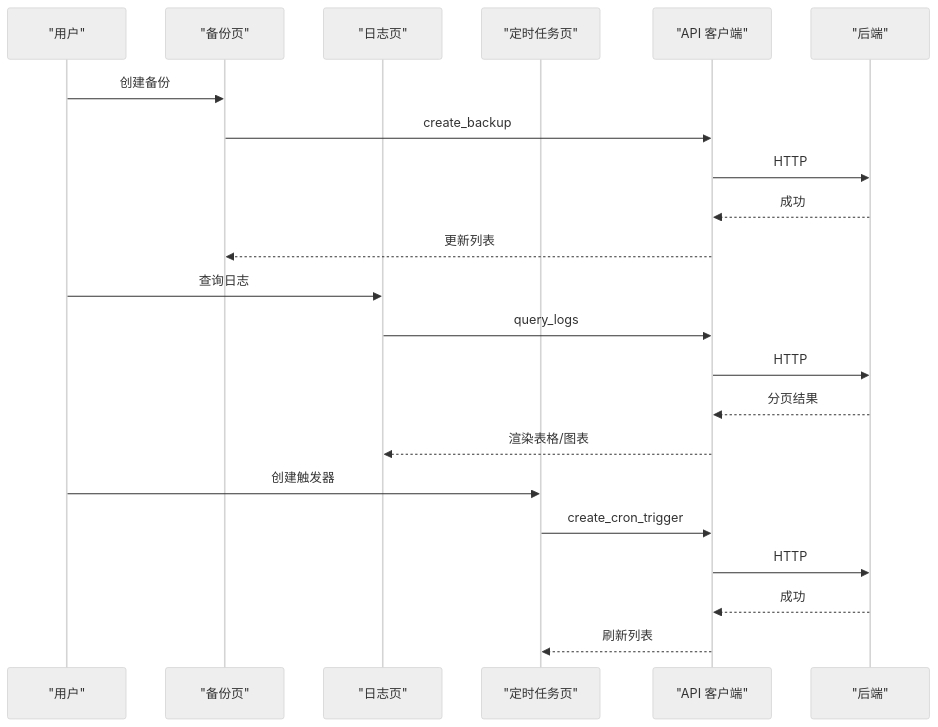
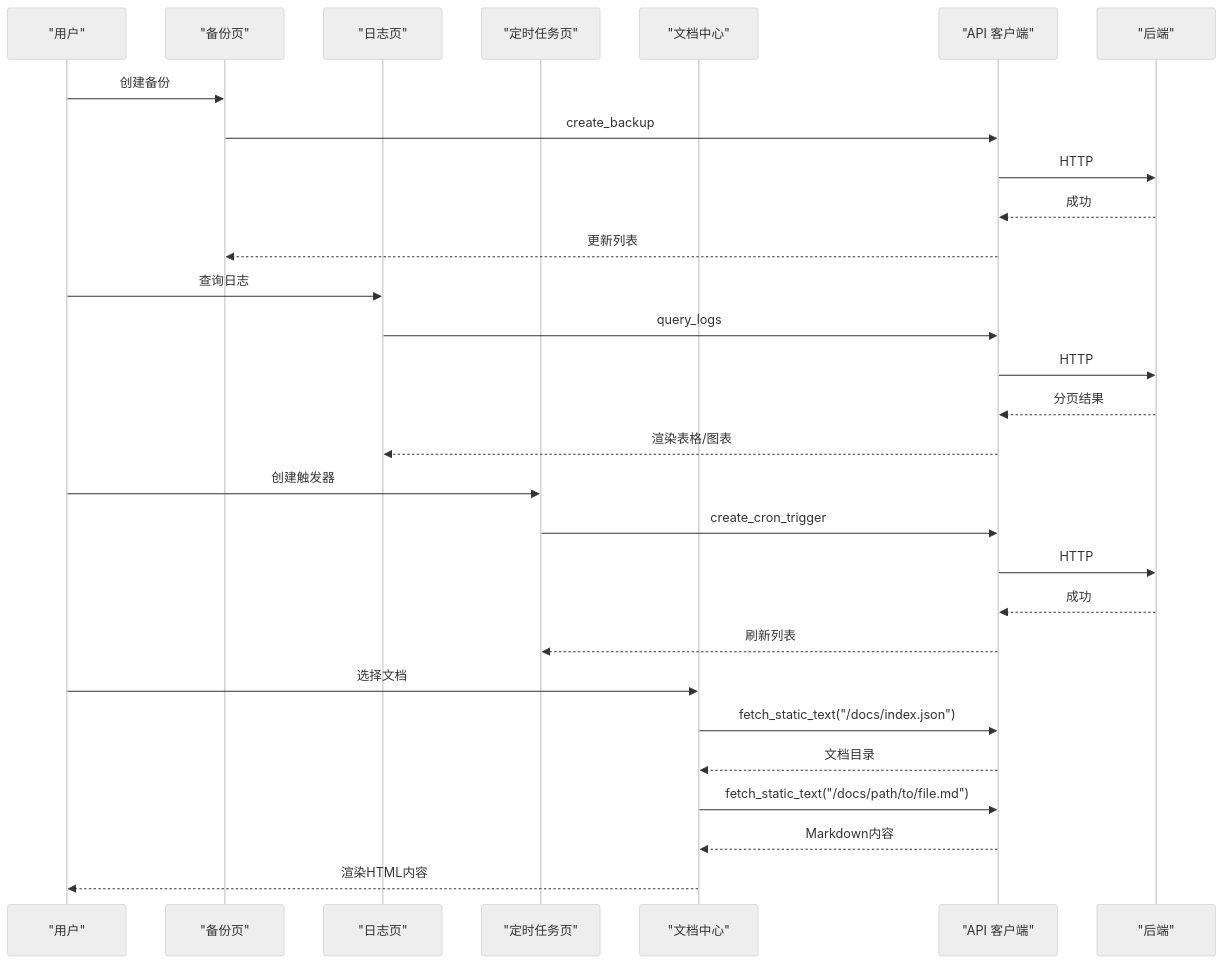
One commit to runningcoders/ai_orz changed the sixth of 7 diagrams in .qoder/repowiki/zh/content/前端应用/页面模块/页面模块.md. Above: the diagram before and after it, drawn with Mermaid (neutral theme). The commit also changed other lines of this file and 338 other files, not shown here.

````diff
--- a/.qoder/repowiki/zh/content/前端应用/页面模块/页面模块.md
+++ b/.qoder/repowiki/zh/content/前端应用/页面模块/页面模块.md
@@ -220,24 +248,31 @@
 ```mermaid
 sequenceDiagram
 participant U as "用户"
 participant B as "备份页"
 participant L as "日志页"
 participant G as "定时任务页"
+participant D as "文档中心"
 participant API as "API 客户端"
 participant S as "后端"
 U->>B : 创建备份
 B->>API : create_backup
 API->>S : HTTP
 S-->>API : 成功
 API-->>B : 更新列表
 U->>L : 查询日志
 L->>API : query_logs
 API->>S : HTTP
 S-->>API : 分页结果
 API-->>L : 渲染表格/图表
 U->>G : 创建触发器
 G->>API : create_cron_trigger
 API->>S : HTTP
 S-->>API : 成功
 API-->>G : 刷新列表
+U->>D : 选择文档
+D->>API : fetch_static_text("/docs/index.json")
+API-->>D : 文档目录
+D->>API : fetch_static_text("/docs/path/to/file.md")
+API-->>D : Markdown内容
+D-->>U : 渲染HTML内容
 ```
````
